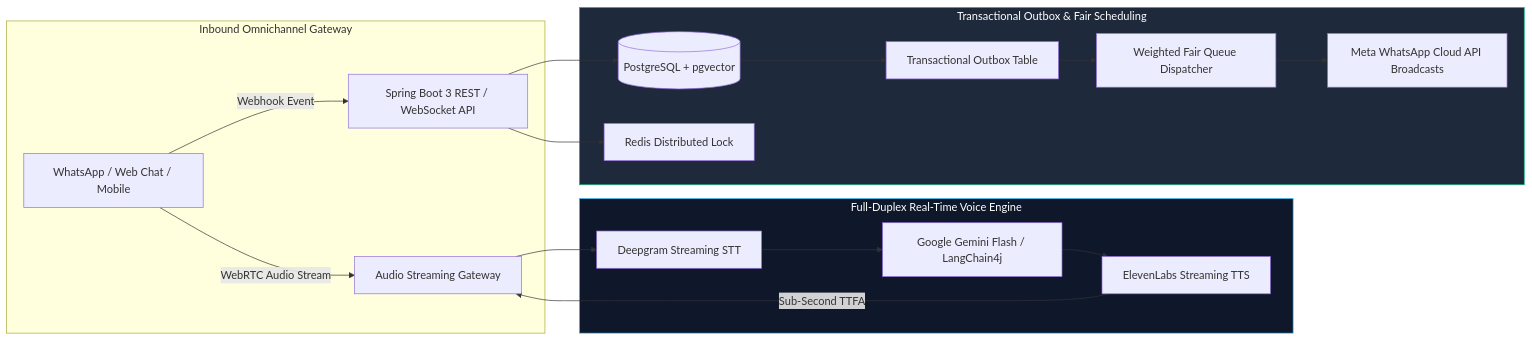
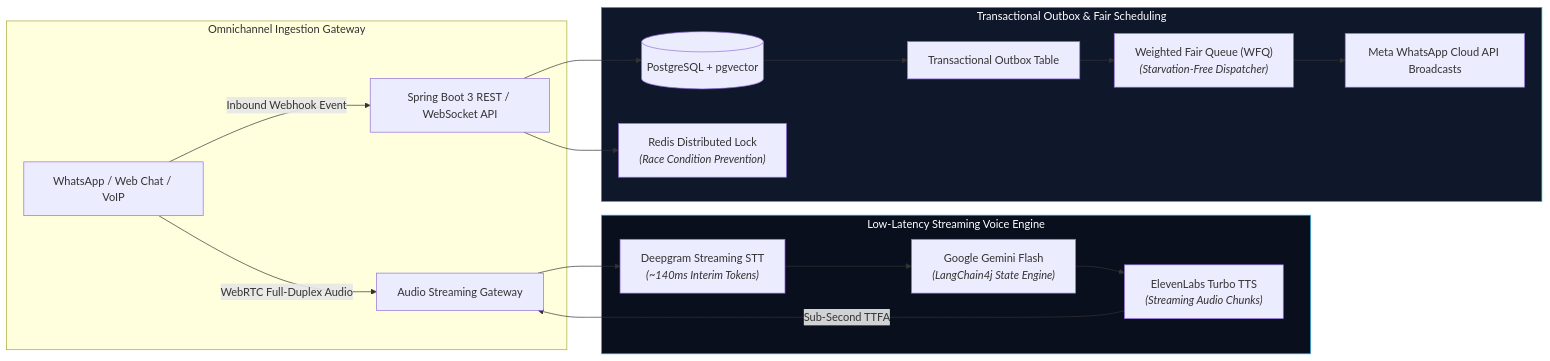
Before and after one commit to hkbharti77/hkbharti77: the second of 2 diagrams in README.md, drawn with Mermaid. The commit also changed other lines of this file, not shown here.

````diff
--- a/README.md
+++ b/README.md
@@ -92,25 +185,25 @@
 ```mermaid
 flowchart LR
-    subgraph ClientChannels ["Inbound Omnichannel Gateway"]
-        Client[WhatsApp / Web Chat / Mobile] -->|WebRTC Audio Stream| VoiceGateway[Audio Streaming Gateway]
-        Client -->|Webhook Event| API[Spring Boot 3 REST / WebSocket API]
+    subgraph ClientChannels ["Omnichannel Ingestion Gateway"]
+        Client["WhatsApp / Web Chat / VoIP"] -->|WebRTC Full-Duplex Audio| VoiceGateway["Audio Streaming Gateway"]
+        Client -->|Inbound Webhook Event| API["Spring Boot 3 REST / WebSocket API"]
     end
 
-    subgraph VoiceStream ["Full-Duplex Real-Time Voice Engine"]
-        VoiceGateway --> Deepgram[Deepgram Streaming STT]
-        Deepgram --> Gemini[Google Gemini Flash / LangChain4j]
-        Gemini --> ElevenLabs[ElevenLabs Streaming TTS]
+    subgraph VoiceStream ["Low-Latency Streaming Voice Engine"]
+        VoiceGateway --> Deepgram["Deepgram Streaming STT<br/><i>(~140ms Interim Tokens)</i>"]
+        Deepgram --> Gemini["Google Gemini Flash<br/><i>(LangChain4j State Engine)</i>"]
+        Gemini --> ElevenLabs["ElevenLabs Turbo TTS<br/><i>(Streaming Audio Chunks)</i>"]
         ElevenLabs -->|Sub-Second TTFA| VoiceGateway
     end
 
     subgraph ReliabilityOutbox ["Transactional Outbox & Fair Scheduling"]
-        API --> DB[(PostgreSQL + pgvector)]
-        API --> Lock[Redis Distributed Lock]
-        DB --> OutboxTable[Transactional Outbox Table]
-        OutboxTable --> WFQ[Weighted Fair Queue Dispatcher]
-        WFQ --> MetaAPI[Meta WhatsApp Cloud API Broadcasts]
+        API --> DB[("PostgreSQL + pgvector")]
+        API --> Lock["Redis Distributed Lock<br/><i>(Race Condition Prevention)</i>"]
+        DB --> OutboxTable["Transactional Outbox Table"]
+        OutboxTable --> WFQ["Weighted Fair Queue (WFQ)<br/><i>(Starvation-Free Dispatcher)</i>"]
+        WFQ --> MetaAPI["Meta WhatsApp Cloud API Broadcasts"]
     end
 
-    style VoiceStream fill:#0f172a,stroke:#38bdf8,stroke-width:1px,color:#fff
-    style ReliabilityOutbox fill:#1e293b,stroke:#10b981,stroke-width:1px,color:#fff
+    style VoiceStream fill:#0a0f1d,stroke:#38bdf8,stroke-width:1px,color:#fff
+    style ReliabilityOutbox fill:#0f172a,stroke:#10b981,stroke-width:1px,color:#fff
 ```
````
